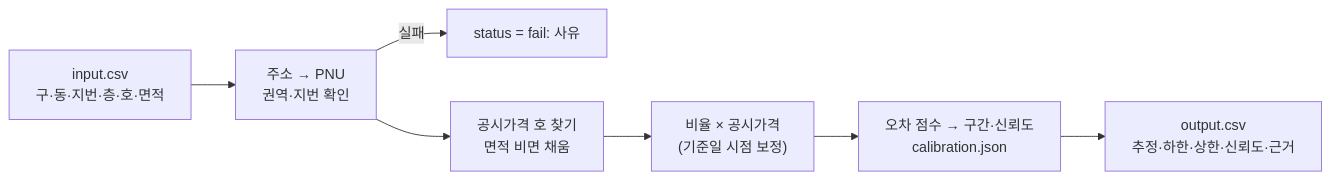
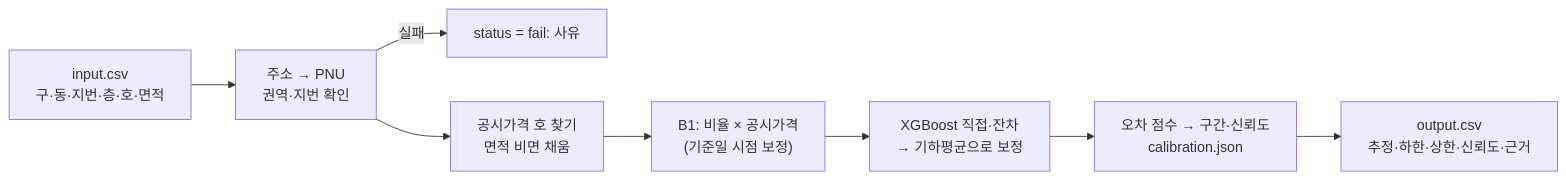
Before and after one commit to KimInSeok-DA/DA_Seoul_Villa_AVM: the second of 2 diagrams in docs/진행_과정.md, drawn with Mermaid. The commit also changed other lines of this file and 20 other files, not shown here.

First line of the commit message:
최종 모델 적용: predict.py에 XGBoost 보정(XGB-평균), 구간·신뢰도 재보정

````diff
--- a/docs/진행_과정.md
+++ b/docs/진행_과정.md
@@ -181,9 +189,10 @@
 ```mermaid
 flowchart LR
     I["input.csv<br/>구·동·지번·층·호·면적"] --> P["주소 → PNU<br/>권역·지번 확인"]
     P -->|실패| X["status = fail: 사유"]
     P --> Q["공시가격 호 찾기<br/>면적 비면 채움"]
-    Q --> R["비율 × 공시가격<br/>(기준일 시점 보정)"]
-    R --> S["오차 점수 → 구간·신뢰도<br/>calibration.json"]
+    Q --> R["B1: 비율 × 공시가격<br/>(기준일 시점 보정)"]
+    R --> M["XGBoost 직접·잔차<br/>→ 기하평균으로 보정"]
+    M --> S["오차 점수 → 구간·신뢰도<br/>calibration.json"]
     S --> O["output.csv<br/>추정·하한·상한·신뢰도·근거"]
 ```
````
